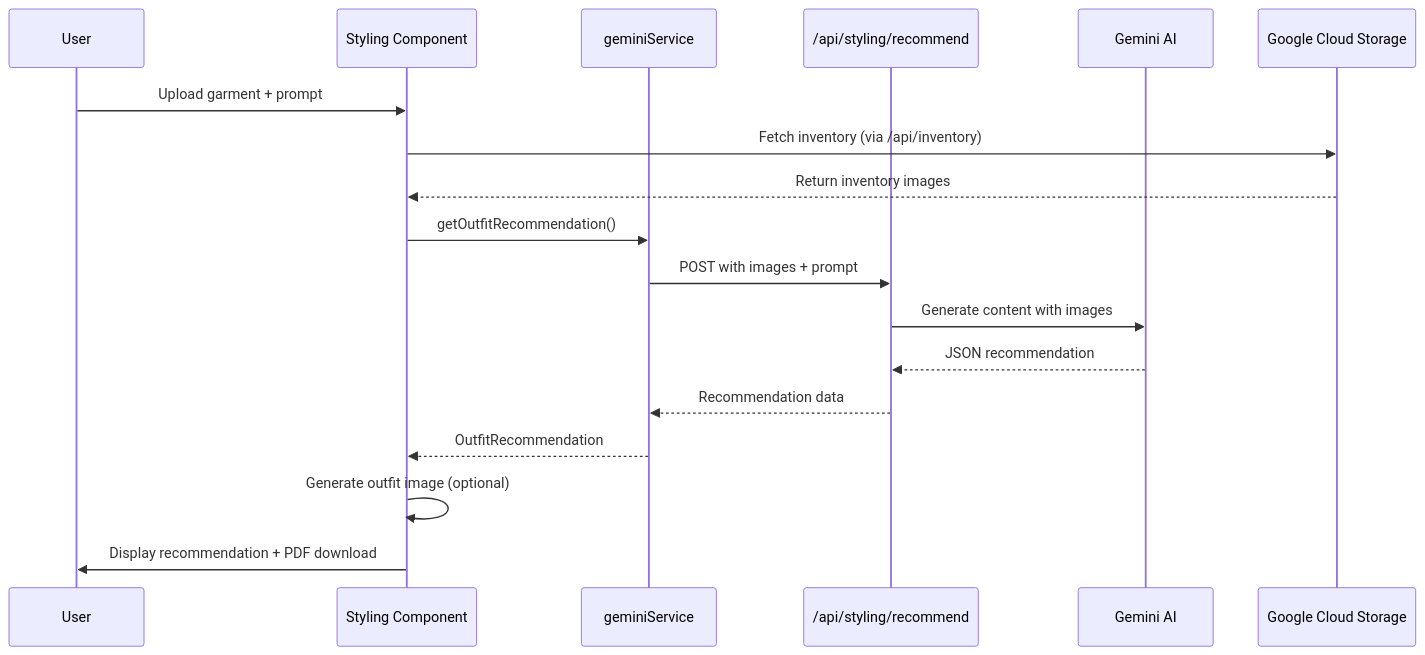
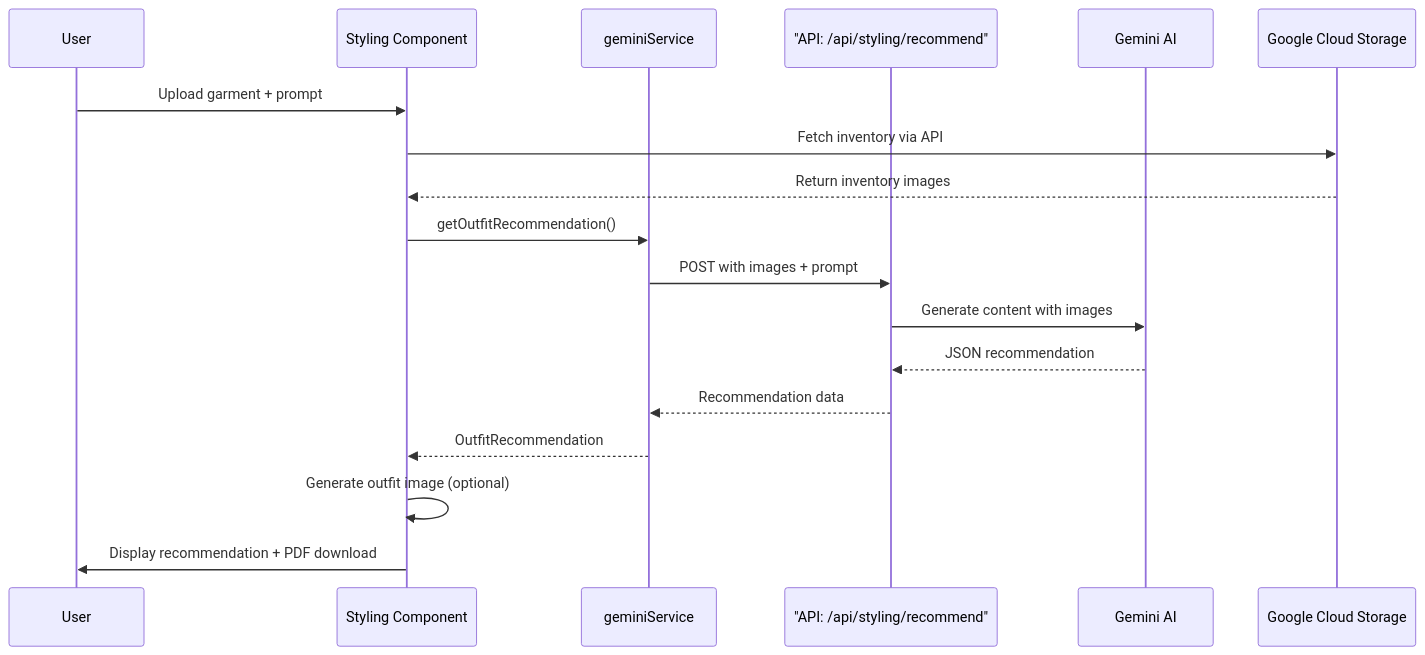
One commit to DixonKimandu/ai-fashion-stylist changed the second of 5 diagrams in README.md. Above: the diagram before and after it, drawn with Mermaid. The commit also changed other lines of this file, not shown here.

Commit message:
Update README.md to improve clarity and consistency in API endpoint representation and component references. Change syntax for API routes and service files to use quotes for better readability in architecture diagrams.

````diff
--- a/README.md
+++ b/README.md
@@ -107,21 +107,21 @@
 ```mermaid
 sequenceDiagram
     participant User
     participant Styling as Styling Component
     participant Service as geminiService
-    participant API as /api/styling/recommend
+    participant API as "API: /api/styling/recommend"
     participant Gemini as Gemini AI
     participant GCS as Google Cloud Storage
 
     User->>Styling: Upload garment + prompt
-    Styling->>GCS: Fetch inventory (via /api/inventory)
+    Styling->>GCS: Fetch inventory via API
     GCS-->>Styling: Return inventory images
     Styling->>Service: getOutfitRecommendation()
     Service->>API: POST with images + prompt
     API->>Gemini: Generate content with images
     Gemini-->>API: JSON recommendation
     API-->>Service: Recommendation data
     Service-->>Styling: OutfitRecommendation
     Styling->>Styling: Generate outfit image (optional)
     Styling->>User: Display recommendation + PDF download
 ```
````
